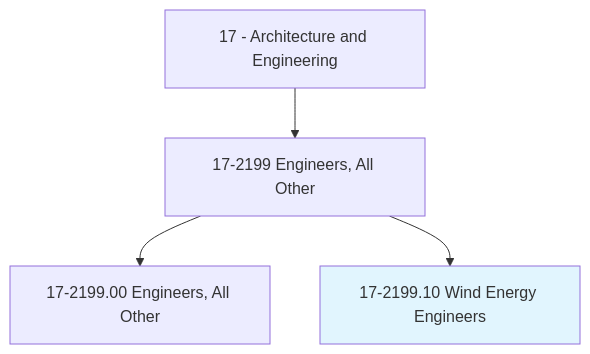
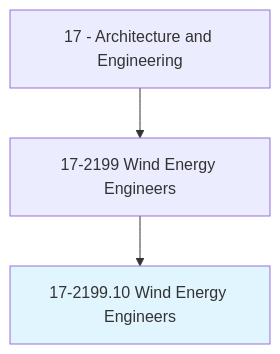
One commit to kziemski/business.org.ai changed the first of 4 diagrams in occupations/Architecture/WindEnergyEngineers.mdx. Above: the diagram before and after it, drawn with Mermaid. The commit also changed other lines of this file and 938 other files, not shown here.

````diff
--- a/occupations/Architecture/WindEnergyEngineers.mdx
+++ b/occupations/Architecture/WindEnergyEngineers.mdx
@@ -19,7 +23,6 @@
 ```mermaid
 graph TD
-    Cat17["17 - Architecture and Engineering"] --> Group172199["17-2199 Engineers, All Other"]
-    Group172199 --> Base["17-2199.00 Engineers, All Other"]
+    Cat17["17 - Architecture and Engineering"] --> Group172199["17-2199 Wind Energy Engineers"]
     Group172199 --> Current["17-2199.10 Wind Energy Engineers"]
     style Current fill:#e1f5fe
 ```
````
